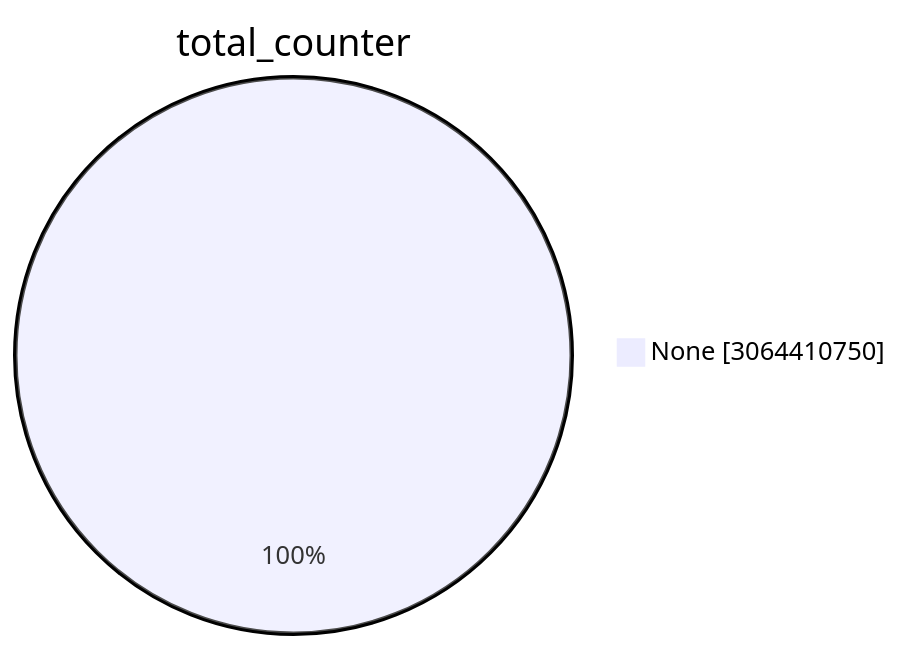
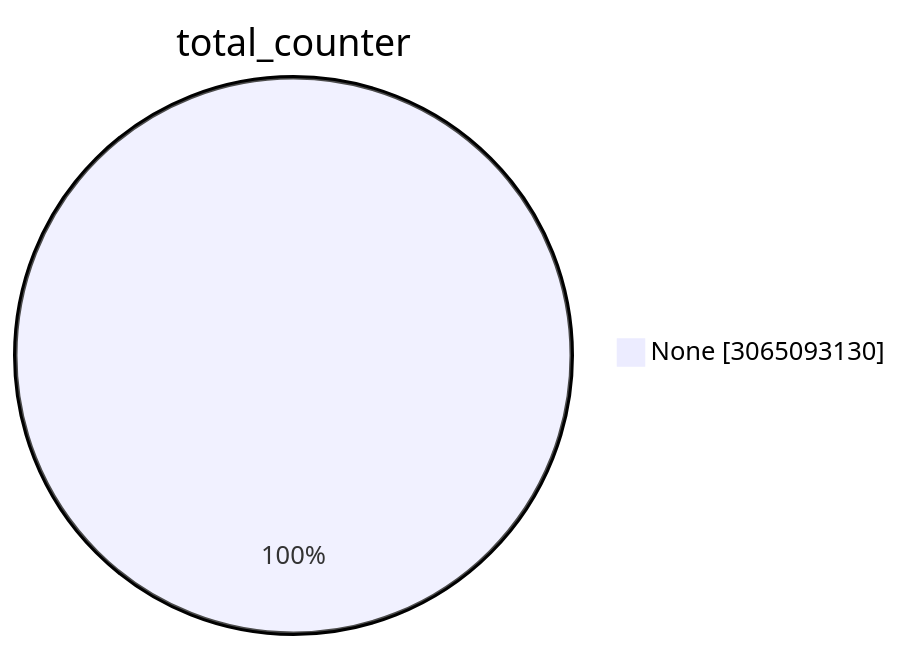
Before and after one commit to christiankrug/ctmonitor_visualization: the first of 15 diagrams in TOTAL/README.md, drawn with Mermaid. The commit also changed other lines of this file, not shown here.

````diff
--- a/TOTAL/README.md
+++ b/TOTAL/README.md
@@ -1,5 +1,5 @@
 ```mermaid
 pie showData
 title total_counter
-"None" :3064410750
+"None" :3065093130
 ```
````
